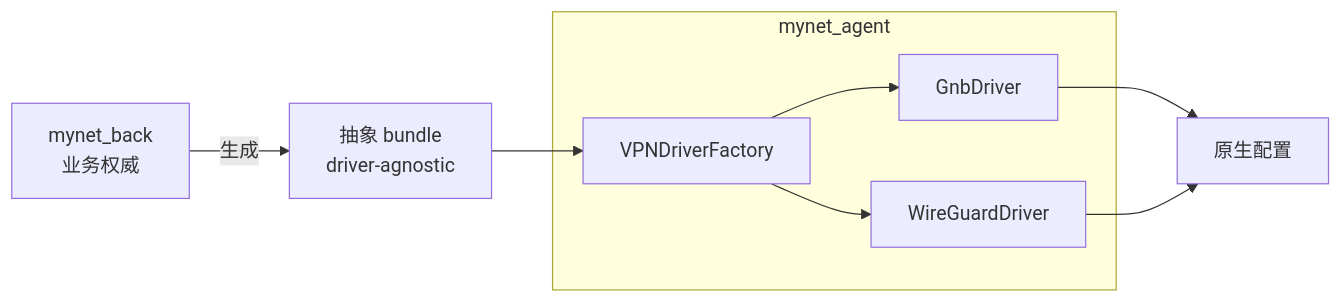
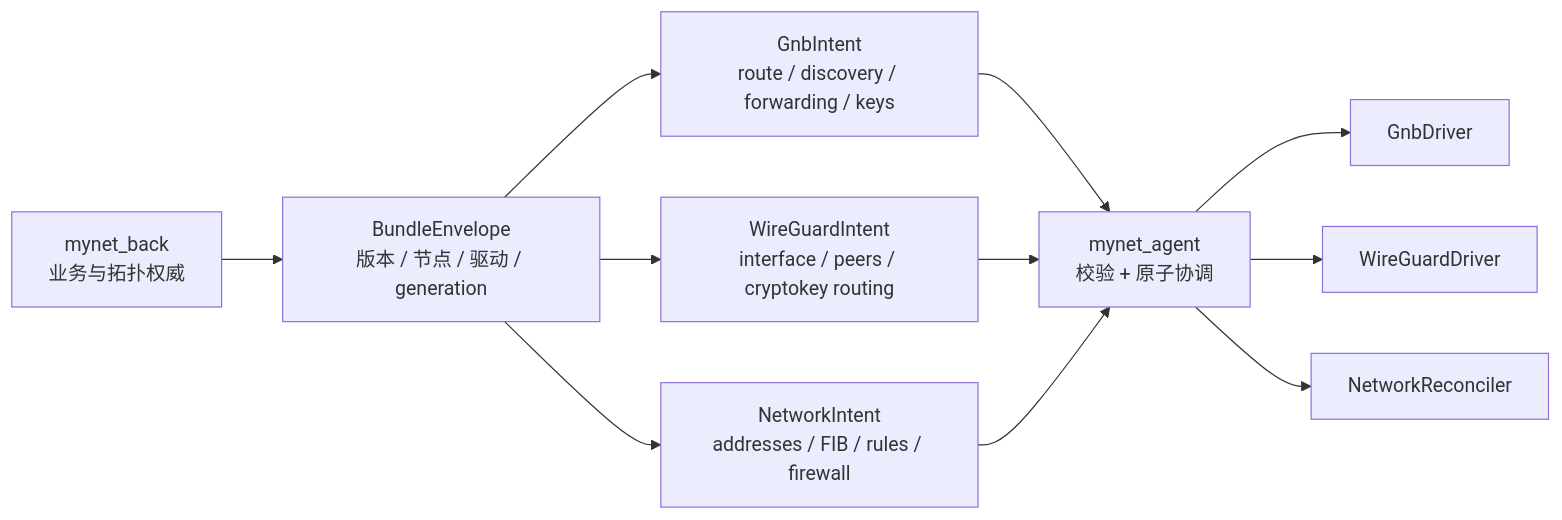
Before and after one commit to mynet-club/mynet_ctl: the diagram in docs/knowledge-base/spec/driver-abstraction.md, drawn with Mermaid. The commit also changed other lines of this file and 4 other files, not shown here.

````diff
--- a/docs/knowledge-base/spec/driver-abstraction.md
+++ b/docs/knowledge-base/spec/driver-abstraction.md
@@ -47,18 +51,23 @@
 ```mermaid
 flowchart LR
-  BACK["mynet_back<br/>业务权威"]
-  ABS["抽象 bundle<br/>driver-agnostic"]
-  subgraph AG["mynet_agent"]
-    FAC["VPNDriverFactory"]
-    GNB["GnbDriver"]
-    WG["WireGuardDriver"]
-  end
-  NAT["原生配置"]
+  BACK["mynet_back<br/>业务与拓扑权威"]
+  ENV["BundleEnvelope<br/>版本 / 节点 / 驱动 / generation"]
+  GINT["GnbIntent<br/>route / discovery / forwarding / keys"]
+  WINT["WireGuardIntent<br/>interface / peers / cryptokey routing"]
+  NINT["NetworkIntent<br/>addresses / FIB / rules / firewall"]
+  AGENT["mynet_agent<br/>校验 + 原子协调"]
+  GNB["GnbDriver"]
+  WG["WireGuardDriver"]
+  NET["NetworkReconciler"]
 
-  BACK -->|生成| ABS
-  ABS --> FAC
-  FAC --> GNB
-  FAC --> WG
-  GNB --> NAT
-  WG --> NAT
+  BACK --> ENV
+  ENV --> GINT
+  ENV --> WINT
+  ENV --> NINT
+  GINT --> AGENT
+  WINT --> AGENT
+  NINT --> AGENT
+  AGENT --> GNB
+  AGENT --> WG
+  AGENT --> NET
 ```
````
